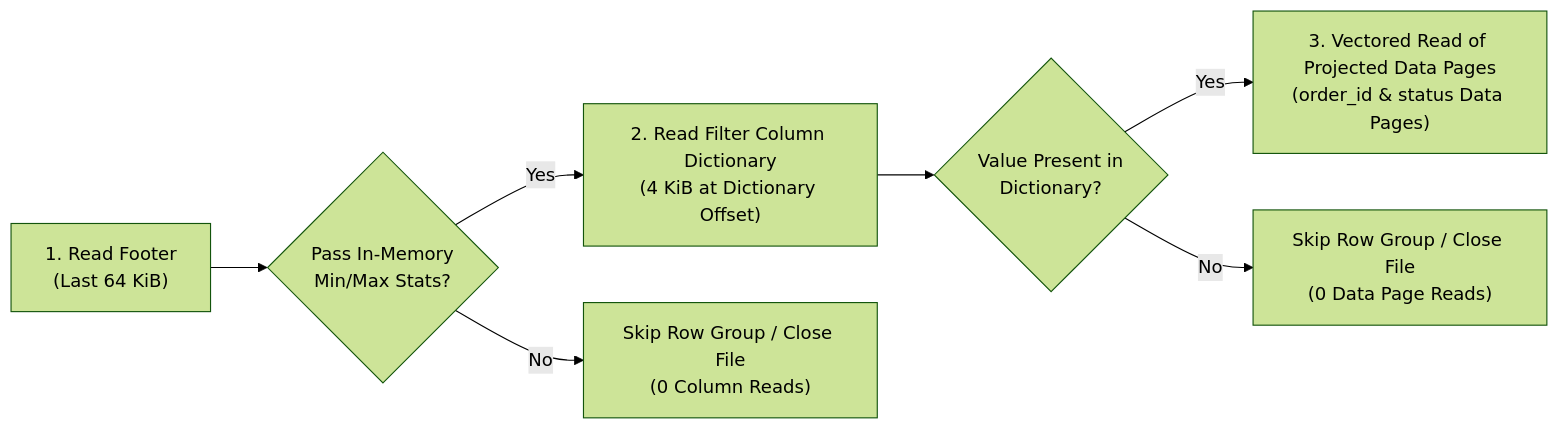
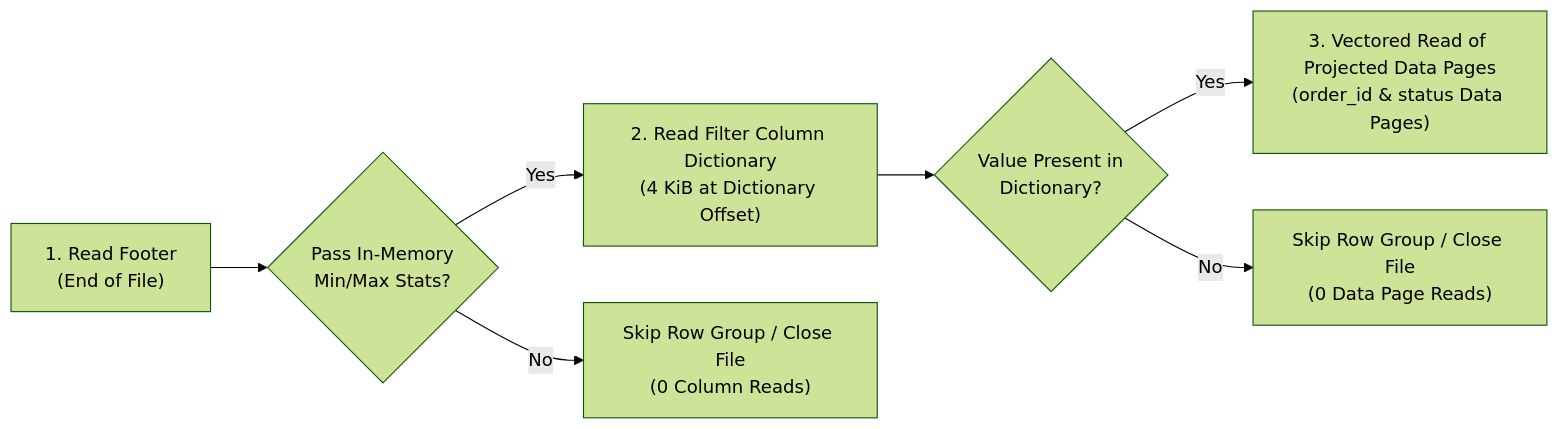
The second of 8 diagrams in .agents/predictive_prefetching_design_doc.md (prudhvimaharishi/gcs-analytics-core), drawn with Mermaid (forest theme) before and after one commit. The commit also changed other lines of this file, not shown here.

````diff
--- a/.agents/predictive_prefetching_design_doc.md
+++ b/.agents/predictive_prefetching_design_doc.md
@@ -48,10 +48,10 @@
 ```mermaid
 flowchart LR
-    Step1["1. Read Footer<br/>(Last 64 KiB)"] --> Check1{"Pass In-Memory<br/>Min/Max Stats?"}
+    Step1["1. Read Footer<br/>(End of File)"] --> Check1{"Pass In-Memory<br/>Min/Max Stats?"}
     Check1 -- "Yes" --> Step2["2. Read Filter Column Dictionary<br/>(4 KiB at Dictionary Offset)"]
     Step2 --> Check2{"Value Present in<br/>Dictionary?"}
     Check2 -- "Yes" --> Step3["3. Vectored Read of Projected Data Pages<br/>(order_id & status Data Pages)"]
 
     Check1 -- "No" --> Drop1["Skip Row Group / Close File<br/>(0 Column Reads)"]
     Check2 -- "No" --> Drop2["Skip Row Group / Close File<br/>(0 Data Page Reads)"]
 ```
````
